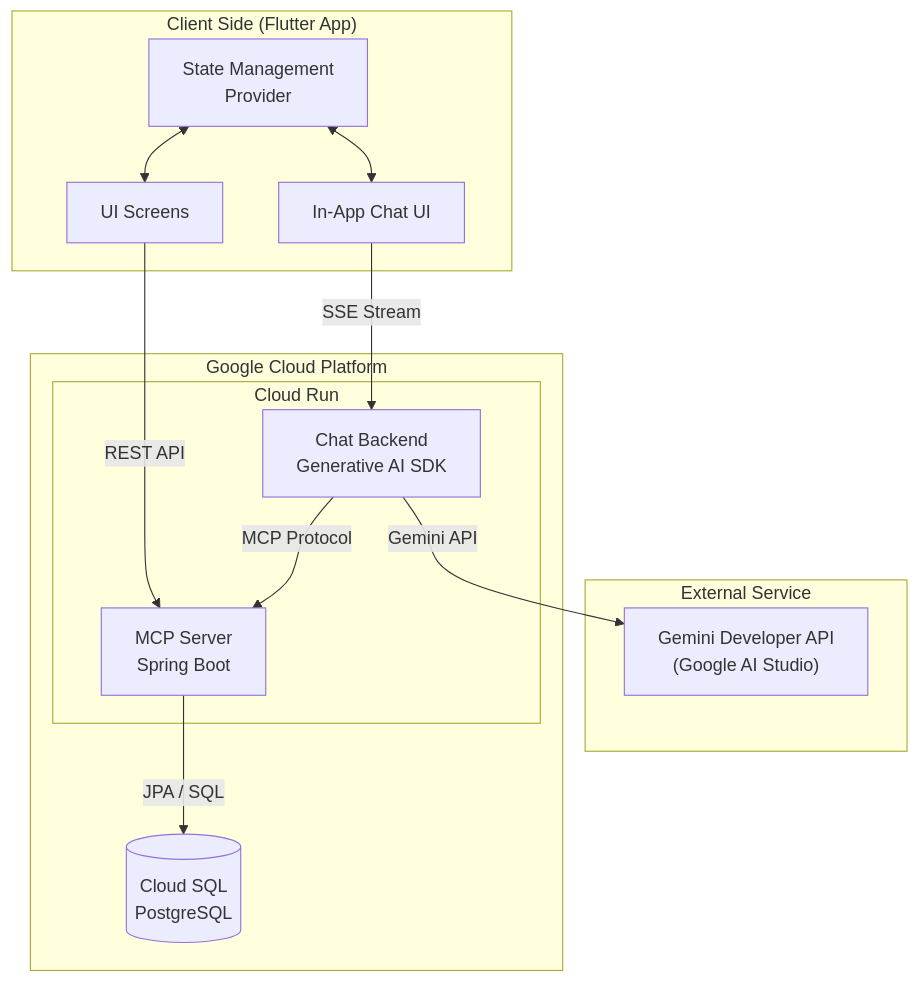
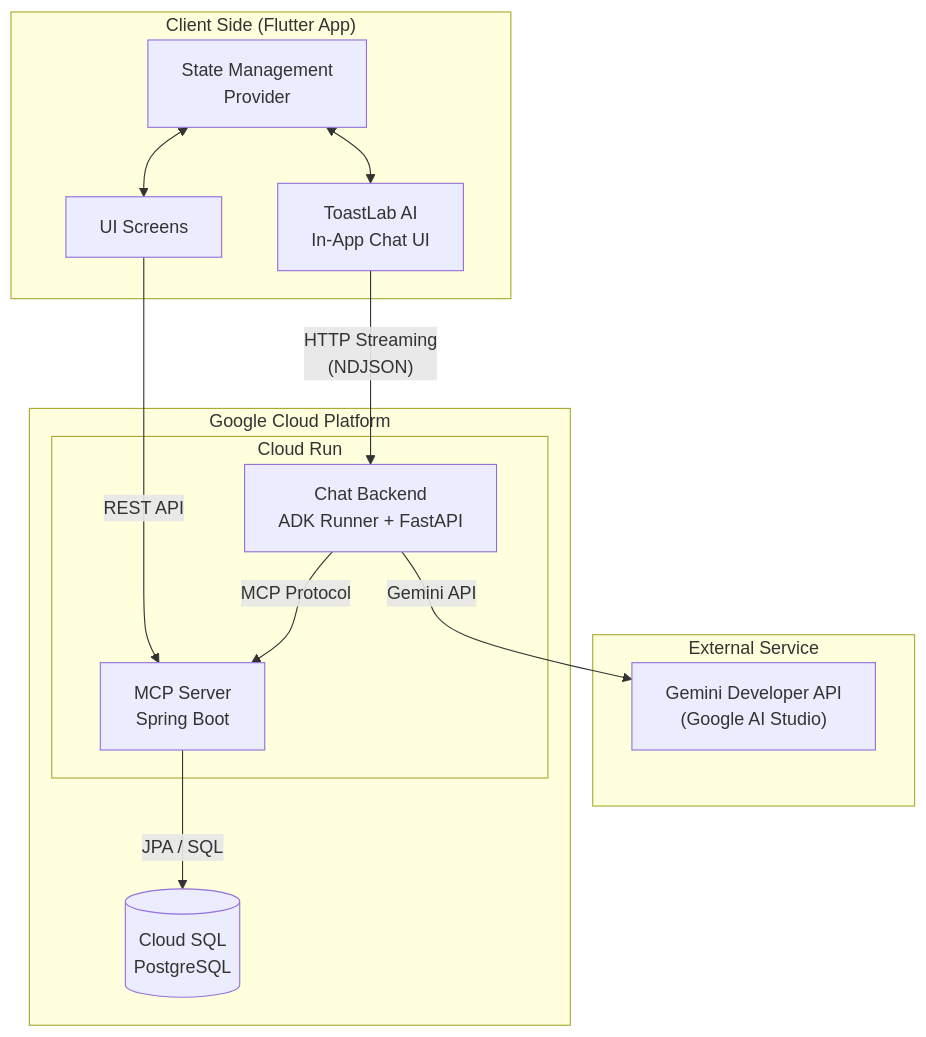
One commit to skipandsnow/toastlabplus changed the diagram in docs/01-architecture.md. Above: the diagram before and after it, drawn with Mermaid. The commit also changed other lines of this file and 25 other files, not shown here.

First line of the commit message:
feat(v0.1.7): Integrate Google ADK & Streaming Chat

````diff
--- a/docs/01-architecture.md
+++ b/docs/01-architecture.md
@@ -19,30 +19,30 @@
 ```mermaid
 flowchart TB
     subgraph ClientSide ["Client Side (Flutter App)"]
         UI["UI Screens"]
-        ChatUI["In-App Chat UI"]
+        ChatUI["ToastLab AI<br/>In-App Chat UI"]
         State["State Management<br/>Provider"]
     end
     
     subgraph External ["External Service"]
         GeminiAPI["Gemini Developer API<br/>(Google AI Studio)"]
     end
     
     subgraph GCP ["Google Cloud Platform"]
         subgraph CloudRun ["Cloud Run"]
-            ChatBackend["Chat Backend<br/>Generative AI SDK"]
+            ChatBackend["Chat Backend<br/>ADK Runner + FastAPI"]
             MCP["MCP Server<br/>Spring Boot"]
         end
         
         DB[("Cloud SQL<br/>PostgreSQL")]
     end
     
     UI -->|"REST API"| MCP
-    ChatUI -->|"SSE Stream"| ChatBackend
+    ChatUI -->|"HTTP Streaming<br/>(NDJSON)"| ChatBackend
     ChatBackend -->|"Gemini API"| GeminiAPI
     ChatBackend -->|"MCP Protocol"| MCP
     MCP -->|"JPA / SQL"| DB
     
     State <--> UI
     State <--> ChatUI
 ```
````
